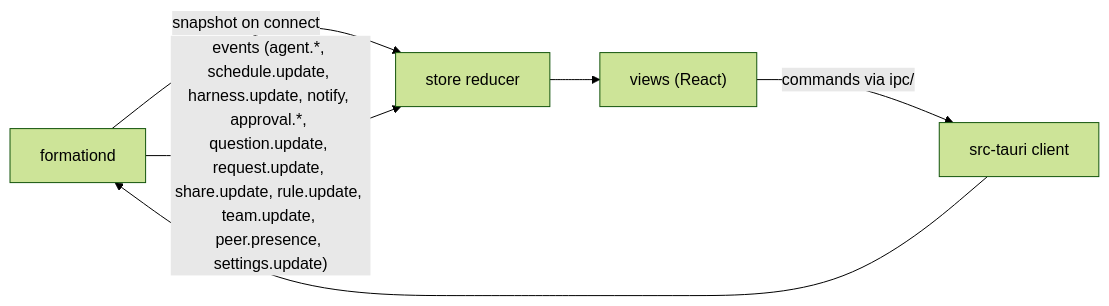
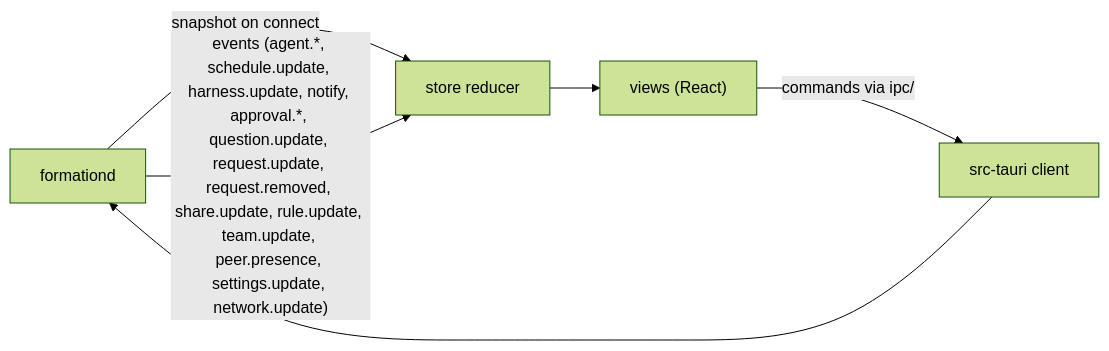
One commit to callmejustdodo/OpenGrokBot changed the diagram in documentations/5_frontend_architecture.md. Above: the diagram before and after it, drawn with Mermaid (forest theme). The commit also changed 26 other files, not shown here.

````diff
--- a/documentations/5_frontend_architecture.md
+++ b/documentations/5_frontend_architecture.md
@@ -41,7 +41,7 @@
 ```mermaid
 flowchart LR
   D["formationd"] -- "snapshot on connect" --> R["store reducer"]
-  D -- "events (agent.*, schedule.update, harness.update, notify, approval.*, question.update, request.update, share.update, rule.update, team.update, peer.presence, settings.update)" --> R
+  D -- "events (agent.*, schedule.update, harness.update, notify, approval.*, question.update, request.update, request.removed, share.update, rule.update, team.update, peer.presence, settings.update, network.update)" --> R
   R --> V["views (React)"]
   V -- "commands via ipc/" --> T["src-tauri client"] --> D
 ```
````
